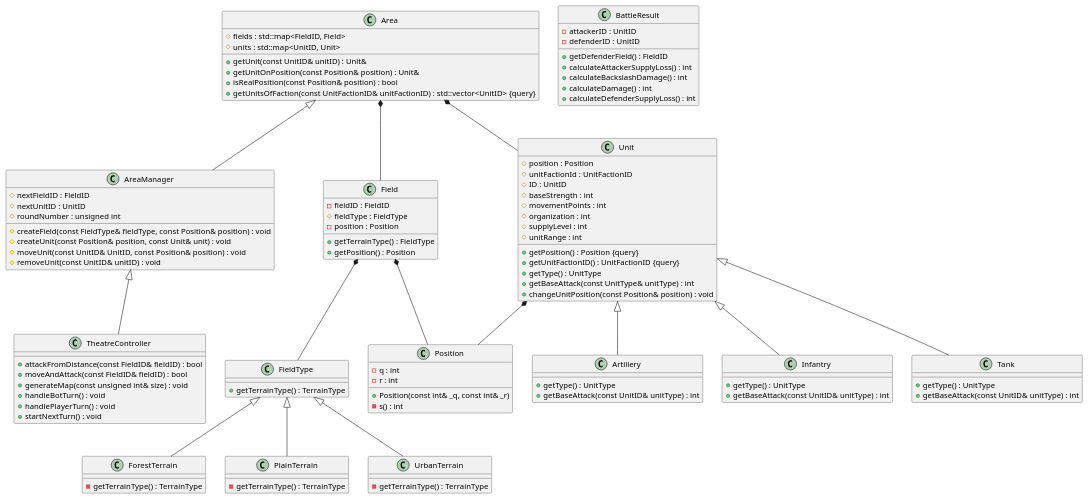
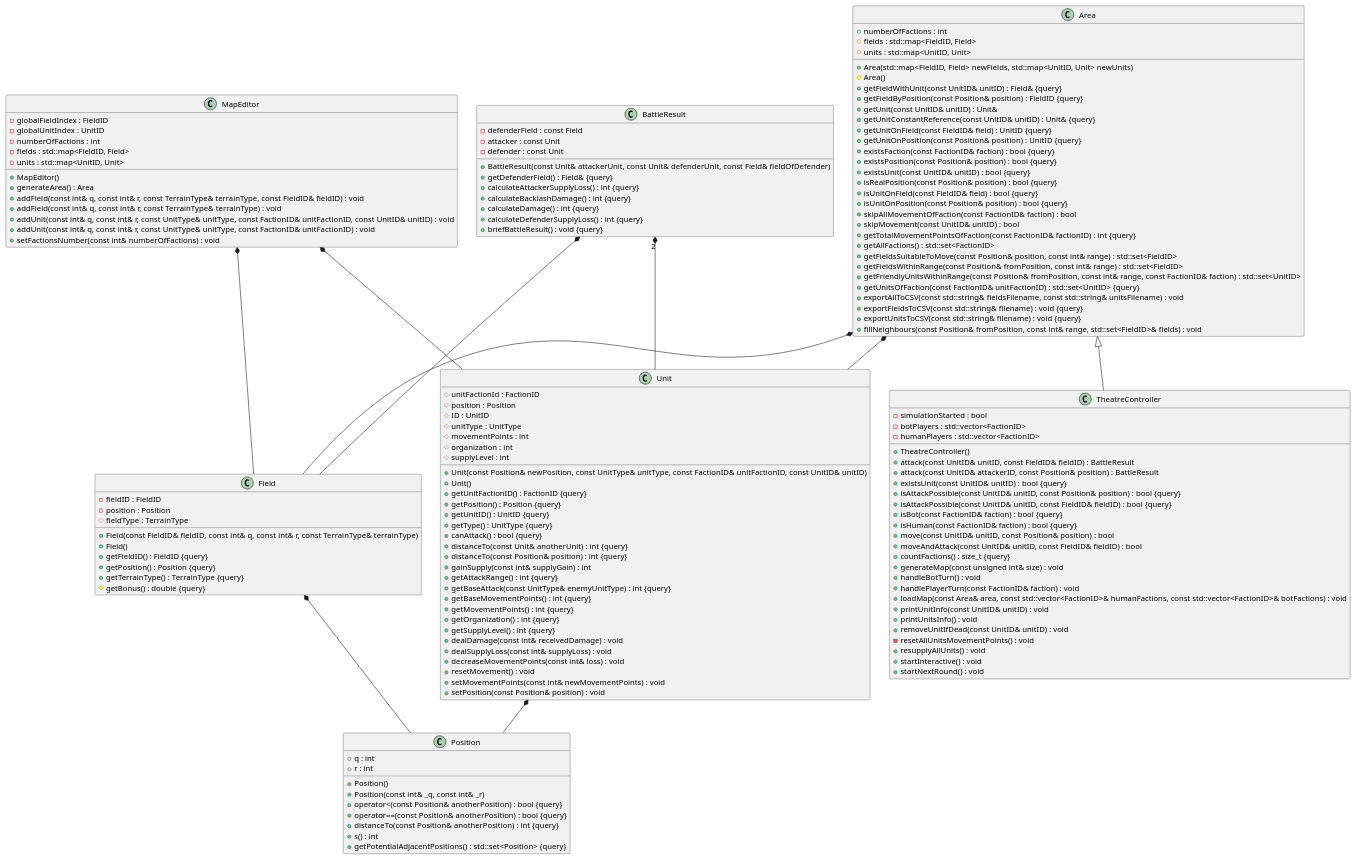
One commit to mrater/WarTheatreSimulator changed the diagram in output.puml. Above: the diagram before and after it, drawn with PlantUML. The commit also changed 1 other file, not shown here.

```diff
--- a/output.puml
+++ b/output.puml
@@ -7,116 +7,153 @@
 /' Objects '/
 
 class Area {
+	+Area(std::map<FieldID, Field> newFields, std::map<UnitID, Unit> newUnits)
+	#Area()
+	+getFieldWithUnit(const UnitID& unitID) : Field& {query}
+	+getFieldByPosition(const Position& position) : FieldID {query}
 	+getUnit(const UnitID& unitID) : Unit&
-	+getUnitOnPosition(const Position& position) : Unit&
-	+isRealPosition(const Position& position) : bool
+	+getUnitConstantReference(const UnitID& unitID) : Unit& {query}
+	+getUnitOnField(const FieldID& field) : UnitID {query}
+	+getUnitOnPosition(const Position& position) : UnitID {query}
+	+existsFaction(const FactionID& faction) : bool {query}
+	+existsPosition(const Position& position) : bool {query}
+	+existsUnit(const UnitID& unitID) : bool {query}
+	+isRealPosition(const Position& position) : bool {query}
+	+isUnitOnField(const FieldID& field) : bool {query}
+	+isUnitOnPosition(const Position& position) : bool {query}
+	+skipAllMovementOfFaction(const FactionID& faction) : bool
+	+skipMovement(const UnitID& unitID) : bool
+	+getTotalMovementPointsOfFaction(const FactionID& factionID) : int {query}
+	+numberOfFactions : int
 	#fields : std::map<FieldID, Field>
 	#units : std::map<UnitID, Unit>
-	+getUnitsOfFaction(const UnitFactionID& unitFactionID) : std::vector<UnitID> {query}
-}
-
-
-class AreaManager {
-	#nextFieldID : FieldID
-	#nextUnitID : UnitID
-	#roundNumber : unsigned int
-	#createField(const FieldType& fieldType, const Position& position) : void
-	#createUnit(const Position& position, const Unit& unit) : void
-	#moveUnit(const UnitID& UnitID, const Position& position) : void
-	#removeUnit(const UnitID& unitID) : void
-}
-
-
-class Artillery {
-	+getType() : UnitType
-	+getBaseAttack(const UnitID& unitType) : int
+	+getAllFactions() : std::set<FactionID>
+	+getFieldsSuitableToMove(const Position& position, const int& range) : std::set<FieldID>
+	+getFieldsWithinRange(const Position& fromPosition, const int& range) : std::set<FieldID>
+	+getFriendlyUnitsWithinRange(const Position& fromPosition, const int& range, const FactionID& faction) : std::set<UnitID>
+	+getUnitsOfFaction(const FactionID& unitFactionID) : std::set<UnitID> {query}
+	+exportAllToCSV(const std::string& fieldsFilename, const std::string& unitsFilename) : void
+	+exportFieldsToCSV(const std::string& filename) : void {query}
+	+exportUnitsToCSV(const std::string& filename) : void {query}
+	+fillNeighbours(const Position& fromPosition, const int& range, std::set<FieldID>& fields) : void
 }
 
 
 class BattleResult {
-	+getDefenderField() : FieldID
-	-attackerID : UnitID
-	-defenderID : UnitID
-	+calculateAttackerSupplyLoss() : int
-	+calculateBackslashDamage() : int
-	+calculateDamage() : int
-	+calculateDefenderSupplyLoss() : int
+	+BattleResult(const Unit& attackerUnit, const Unit& defenderUnit, const Field& fieldOfDefender)
+	+getDefenderField() : Field& {query}
+	-defenderField : const Field
+	-attacker : const Unit
+	-defender : const Unit
+	+calculateAttackerSupplyLoss() : int {query}
+	+calculateBacklashDamage() : int {query}
+	+calculateDamage() : int {query}
+	+calculateDefenderSupplyLoss() : int {query}
+	+briefBattleResult() : void {query}
 }
 
 
 class Field {
+	+Field(const FieldID& fieldID, const int& q, const int& r, const TerrainType& terrainType)
+	+Field()
 	-fieldID : FieldID
-	#fieldType : FieldType
-	+getTerrainType() : FieldType
-	+getPosition() : Position
+	+getFieldID() : FieldID {query}
+	+getPosition() : Position {query}
 	-position : Position
+	#fieldType : TerrainType
+	+getTerrainType() : TerrainType {query}
+	#getBonus() : double {query}
 }
 
 
-class FieldType {
-	+getTerrainType() : TerrainType
-}
-
-
-class ForestTerrain {
-	-getTerrainType() : TerrainType
-}
-
-
-class Infantry {
-	+getType() : UnitType
-	+getBaseAttack(const UnitID& unitType) : int
-}
-
-
-class PlainTerrain {
-	-getTerrainType() : TerrainType
+class MapEditor {
+	+MapEditor()
+	+generateArea() : Area
+	-globalFieldIndex : FieldID
+	-globalUnitIndex : UnitID
+	-numberOfFactions : int
+	-fields : std::map<FieldID, Field>
+	-units : std::map<UnitID, Unit>
+	+addField(const int& q, const int& r, const TerrainType& terrainType, const FieldID& fieldID) : void
+	+addField(const int& q, const int& r, const TerrainType& terrainType) : void
+	+addUnit(const int& q, const int& r, const UnitType& unitType, const FactionID& unitFactionID, const UnitID& unitID) : void
+	+addUnit(const int& q, const int& r, const UnitType& unitType, const FactionID& unitFactionID) : void
+	+setFactionsNumber(const int& numberOfFactions) : void
 }
 
 
 class Position {
+	+Position()
 	+Position(const int& _q, const int& _r)
-	-q : int
-	-r : int
-	-s() : int
-}
-
-
-class Tank {
-	+getType() : UnitType
-	+getBaseAttack(const UnitID& unitType) : int
+	+operator<(const Position& anotherPosition) : bool {query}
+	+operator==(const Position& anotherPosition) : bool {query}
+	+distanceTo(const Position& anotherPosition) : int {query}
+	+q : int
+	+r : int
+	+s() : int
+	+getPotentialAdjacentPositions() : std::set<Position> {query}
 }
 
 
 class TheatreController {
-	+attackFromDistance(const FieldID& fieldID) : bool
-	+moveAndAttack(const FieldID& fieldID) : bool
+	+TheatreController()
+	+attack(const UnitID& unitID, const FieldID& fieldID) : BattleResult
+	+attack(const UnitID& attackerID, const Position& position) : BattleResult
+	+existsUnit(const UnitID& unitID) : bool {query}
+	+isAttackPossible(const UnitID& unitID, const Position& position) : bool {query}
+	+isAttackPossible(const UnitID& unitID, const FieldID& fieldID) : bool {query}
+	+isBot(const FactionID& faction) : bool {query}
+	+isHuman(const FactionID& faction) : bool {query}
+	+move(const UnitID& unitID, const Position& position) : bool
+	+moveAndAttack(const UnitID& unitID, const FieldID& fieldID) : bool
+	-simulationStarted : bool
+	+countFactions() : size_t {query}
+	-botPlayers : std::vector<FactionID>
+	-humanPlayers : std::vector<FactionID>
 	+generateMap(const unsigned int& size) : void
 	+handleBotTurn() : void
-	+handlePlayerTurn() : void
-	+startNextTurn() : void
+	+handlePlayerTurn(const FactionID& faction) : void
+	+loadMap(const Area& area, const std::vector<FactionID>& humanFactions, const std::vector<FactionID>& botFactions) : void
+	+printUnitInfo(const UnitID& unitID) : void
+	+printUnitsInfo() : void
+	+removeUnitIfDead(const UnitID& unitID) : void
+	-resetAllUnitsMovementPoints() : void
+	+resupplyAllUnits() : void
+	+startInteractive() : void
+	+startNextRound() : void
 }
 
 
 class Unit {
+	+Unit(const Position& newPosition, const UnitType& unitType, const FactionID& unitFactionID, const UnitID& unitID)
+	+Unit()
+	+getUnitFactionID() : FactionID {query}
+	#unitFactionId : FactionID
 	+getPosition() : Position {query}
 	#position : Position
-	+getUnitFactionID() : UnitFactionID {query}
-	#unitFactionId : UnitFactionID
 	#ID : UnitID
-	+getType() : UnitType
-	#baseStrength : int
-	+getBaseAttack(const UnitType& unitType) : int
+	+getUnitID() : UnitID {query}
+	+getType() : UnitType {query}
+	#unitType : UnitType
+	+canAttack() : bool {query}
+	+distanceTo(const Unit& anotherUnit) : int {query}
+	+distanceTo(const Position& position) : int {query}
+	+gainSupply(const int& supplyGain) : int
+	+getAttackRange() : int {query}
+	+getBaseAttack(const UnitType& enemyUnitType) : int {query}
+	+getBaseMovementPoints() : int {query}
+	+getMovementPoints() : int {query}
+	+getOrganization() : int {query}
+	+getSupplyLevel() : int {query}
 	#movementPoints : int
 	#organization : int
 	#supplyLevel : int
-	#unitRange : int
-	+changeUnitPosition(const Position& position) : void
-}
-
-
-class UrbanTerrain {
-	-getTerrainType() : TerrainType
+	+dealDamage(const int& receivedDamage) : void
+	+dealSupplyLoss(const int& supplyLoss) : void
+	+decreaseMovementPoints(const int& loss) : void
+	+resetMovement() : void
+	+setMovementPoints(const int& newMovementPoints) : void
+	+setPosition(const Position& position) : void
 }
 
 
@@ -125,28 +162,7 @@
 
 /' Inheritance relationships '/
 
-Area <|-- AreaManager
-
-
-AreaManager <|-- TheatreController
-
-
-FieldType <|-- ForestTerrain
-
-
-FieldType <|-- PlainTerrain
-
-
-FieldType <|-- UrbanTerrain
-
-
-Unit <|-- Artillery
-
-
-Unit <|-- Infantry
-
-
-Unit <|-- Tank
+.Area <|-- .TheatreController
 
 
 
@@ -154,19 +170,28 @@
 
 /' Aggregation relationships '/
 
-Area *-- Field
+.Area *-- .Field
 
 
-Area *-- Unit
+.Area *-- .Unit
 
 
-Field *-- FieldType
+.BattleResult *-- .Field
 
 
-Field *-- Position
+.BattleResult "2" *-- .Unit
 
 
-Unit *-- Position
+.Field *-- .Position
+
+
+.MapEditor *-- .Field
+
+
+.MapEditor *-- .Unit
+
+
+.Unit *-- .Position
 
 
 
```
